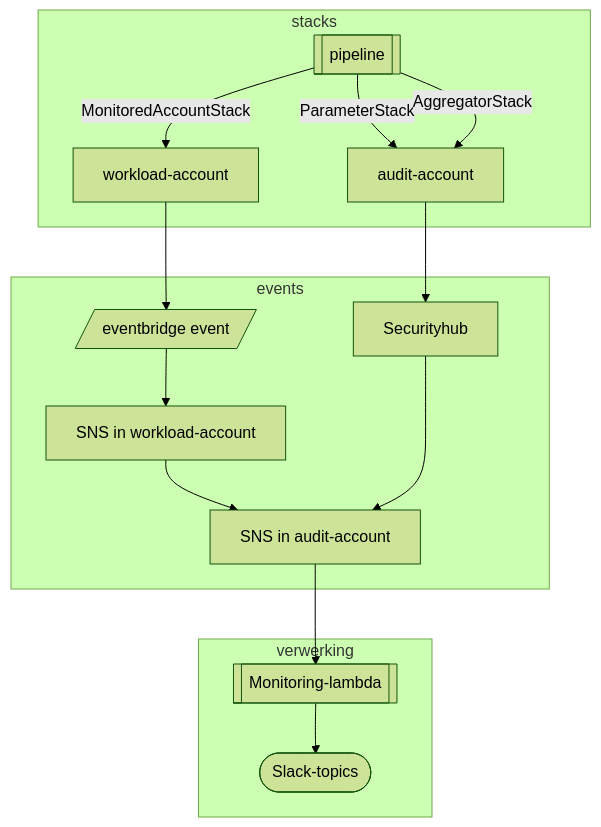
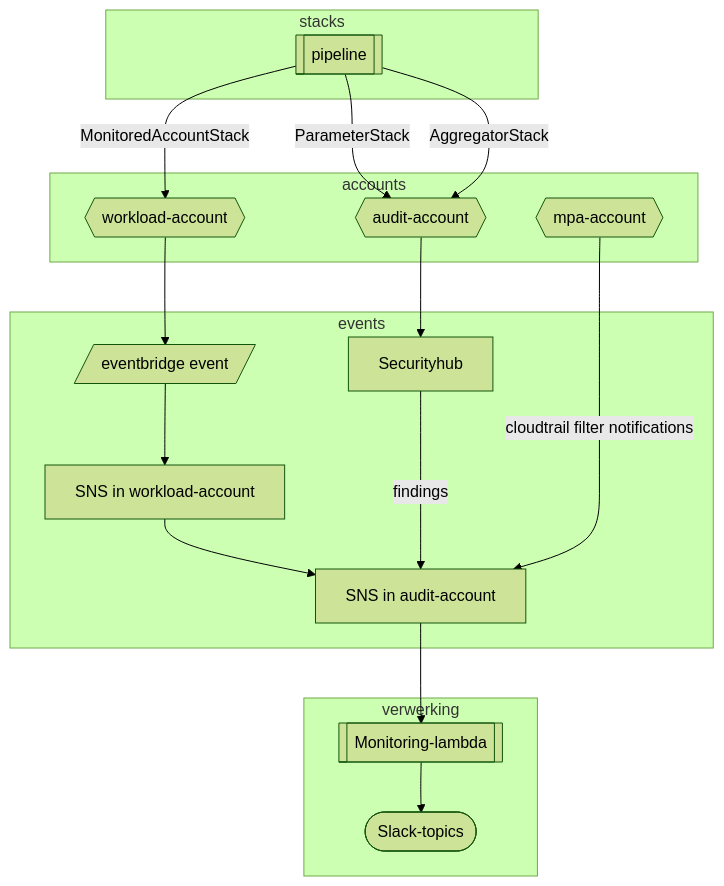
The diagram in docs/README.md (GemeenteNijmegen/aws-monitoring), drawn with Mermaid (forest theme) before and after one commit.

Commit message:
docs: Update docs with cloudtrail events

````diff
--- a/docs/README.md
+++ b/docs/README.md
@@ -12,25 +12,33 @@
 ```mermaid
 flowchart TD
     pipeline[[pipeline]]
-    workload[workload-account]
-    audit[audit-account]
+    workload{{workload-account}}
+    audit{{audit-account}}
+    mpa{{mpa-account}}
     eventbridge[/eventbridge event/]
     sns-account[SNS in workload-account]
     sns-audit[SNS in audit-account]
     lambda[[Monitoring-lambda]]
     slack([Slack-topics])
     securityhub[Securityhub]
+
+    subgraph accounts
+        mpa
+        audit
+        workload
+    end
 
     subgraph stacks
         pipeline -- MonitoredAccountStack --> workload
         pipeline -- ParameterStack --> audit
         pipeline -- AggregatorStack --> audit
     end
     subgraph events
         workload --> eventbridge --> sns-account --> sns-audit
-        audit --> securityhub --> sns-audit
+        audit --> securityhub -- findings --> sns-audit
+        mpa -- cloudtrail filter notifications --> sns-audit
     end
     subgraph verwerking
         sns-audit --> lambda --> slack
     end
 ```
````
